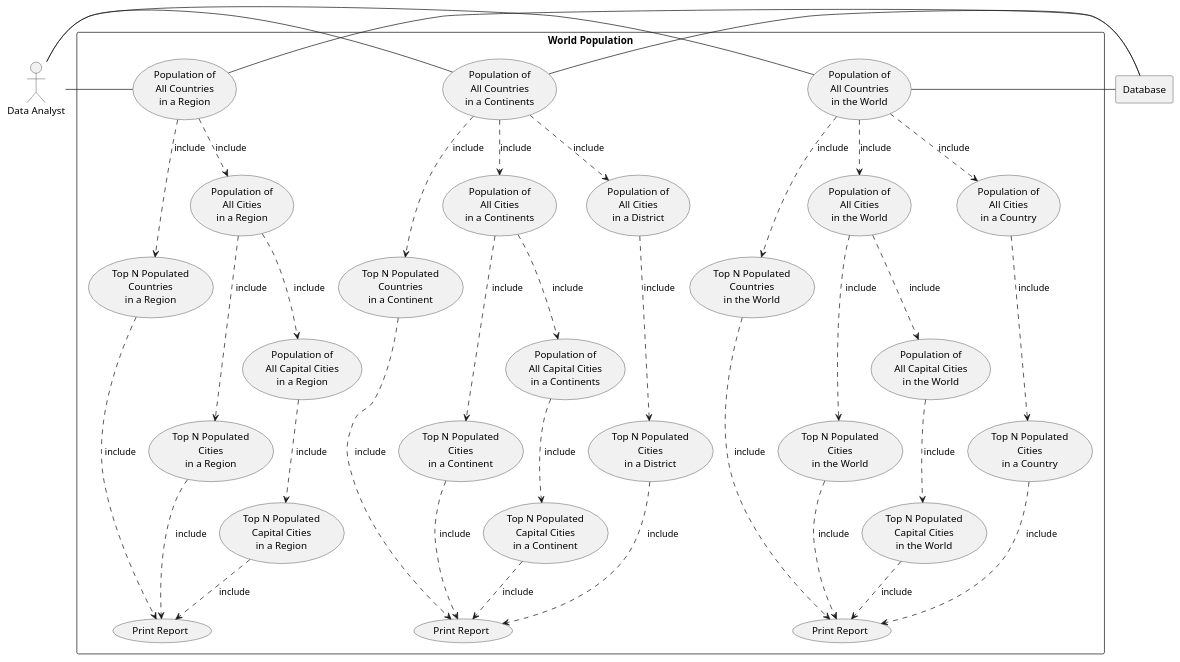
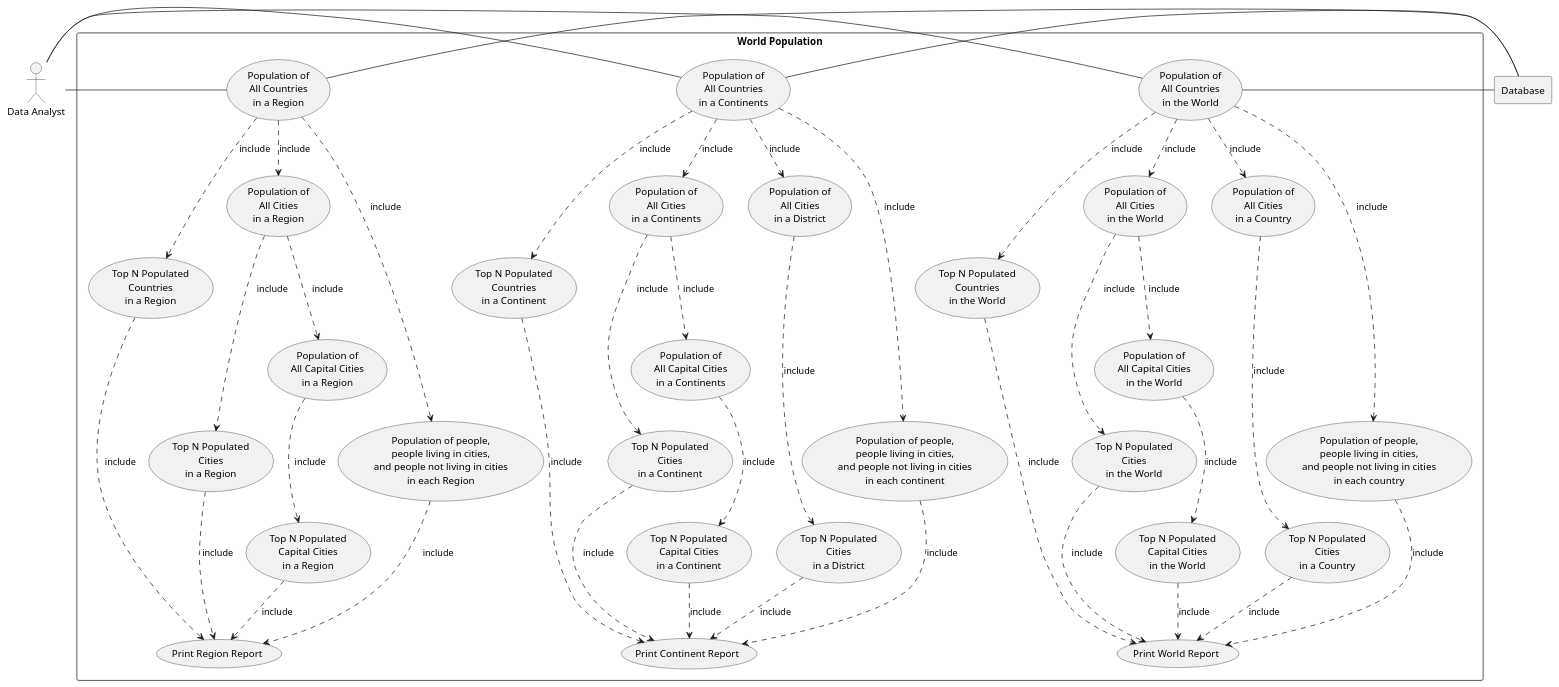
Before and after one commit to DarryanM/SEM_Group4: the diagram in use-cases/World Population System.puml, drawn with PlantUML. The commit also changed 2 other files, not shown here.

Commit message:
Update Report #1 to include limit of 999,999 and updated puml file

```diff
--- a/use-cases/World Population System.puml
+++ b/use-cases/World Population System.puml
@@ -1,139 +1,160 @@
 @startuml
 'https://plantuml.com/sequence-diagram
 
 
 actor DA as "Data Analyst"
 
 rectangle Database
 
 rectangle "World Population" {
 
     usecase UC1 as "Population of
     All Countries
     in the World"
     usecase UC2 as "Population of
         All Countries
         in a Continents"
     usecase UC3 as "Population of
         All Countries
         in a Region"
     usecase UC4 as "Top N Populated
         Countries
         in the World"
     usecase UC5 as "Top N Populated
         Countries
         in a Continent"
     usecase UC6 as "Top N Populated
         Countries
         in a Region"
     usecase UC7 as "Population of
         All Cities
         in the World"
     usecase UC8 as "Population of
         All Cities
         in a Continents"
     usecase UC9 as "Population of
         All Cities
         in a Region"
     usecase UC10 as "Population of
         All Cities
         in a Country"
     usecase UC11 as "Population of
         All Cities
         in a District"
     usecase UC12 as "Top N Populated
         Cities
         in the World"
     usecase UC13 as "Top N Populated
         Cities
         in a Continent"
     usecase UC14 as "Top N Populated
         Cities
         in a Region"
     usecase UC15 as "Top N Populated
         Cities
         in a Country"
     usecase UC16 as "Top N Populated
         Cities
         in a District"
     usecase UC17 as "Population of
         All Capital Cities
         in the World"
     usecase UC18 as "Population of
         All Capital Cities
         in a Continents"
     usecase UC19 as "Population of
         All Capital Cities
         in a Region"
     usecase UC20 as "Top N Populated
         Capital Cities
         in the World"
     usecase UC21 as "Top N Populated
         Capital Cities
         in a Continent"
     usecase UC22 as "Top N Populated
         Capital Cities
         in a Region"
+     usecase UC23 as "Population of people,
+        people living in cities,
+        and people not living in cities
+        in each continent"
+     usecase UC24 as "Population of people,
+        people living in cities,
+        and people not living in cities
+        in each Region"
+     usecase UC25 as "Population of people,
+        people living in cities,
+        and people not living in cities
+        in each country"
 
-    usecase UCa as "Print Report"
-    usecase UCb as "Print Report"
-    usecase UCc as "Print Report"
+
+    usecase UCa as "Print World Report"
+    usecase UCb as "Print Continent Report"
+    usecase UCc as "Print Region Report"
 
 
 
     'Data Analyst Database to Retrieve reports
     DA - UC1
     DA - UC2
     DA - UC3
 
     UC1 ..> UC4 : include
     UC2 ..> UC5 : include
     UC3 ..> UC6 : include
 
     UC7 ..> UC12 : include
     UC8 ..> UC13 : include
     UC9 ..> UC14 : include
     UC10 ..> UC15 : include
     UC11 ..> UC16 : include
 
     UC17 ..> UC20 : include
     UC18 ..> UC21 : include
     UC19 ..> UC22 : include
 
     UC1 ..> UC7 : include
     UC2 ..> UC8 : include
     UC3 ..> UC9 : include
 
     UC7 ..> UC17 : include
     UC8 ..> UC18 : include
     UC9 ..> UC19 : include
 
     UC1 ..> UC10 : include
     UC2 ..> UC11 : include
 
     UC4 ..> UCa : include
     UC12 ..> UCa : include
     UC15 ..> UCa : include
     UC20 ..> UCa : include
 
     UC5 ..> UCb : include
     UC13 ..> UCb : include
     UC16 ..> UCb : include
     UC21 ..> UCb : include
 
     UC6 ..> UCc : include
     UC14 ..> UCc : include
     UC22 ..> UCc : include
 
+    UC1 ..> UC25 : include
+    UC2 ..> UC23 : include
+    UC3 ..> UC24 : include
+
+    UC23 ..> UCb : include
+    UC24 ..> UCc : include
+    UC25 ..> UCa : include
+
 
 
 
     'Database Connections
          UC1 - Database
          UC2 - Database
          UC3 - Database
 }
 
 
 
 @enduml
```
